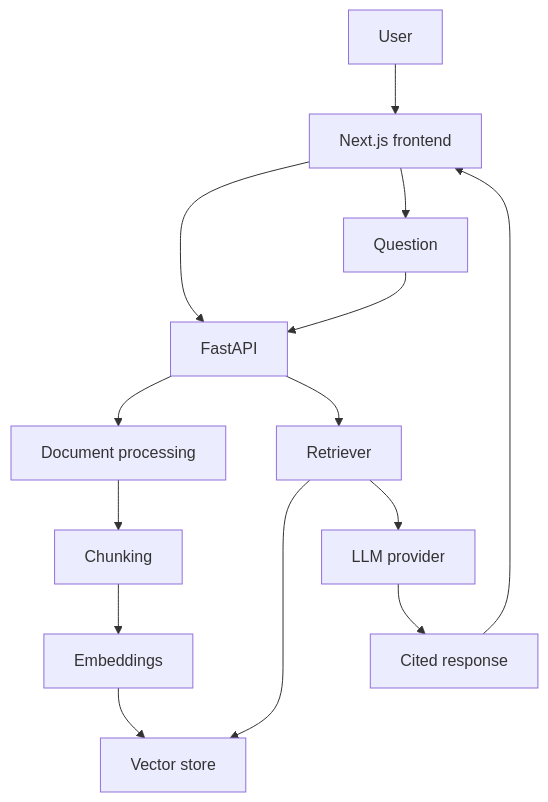
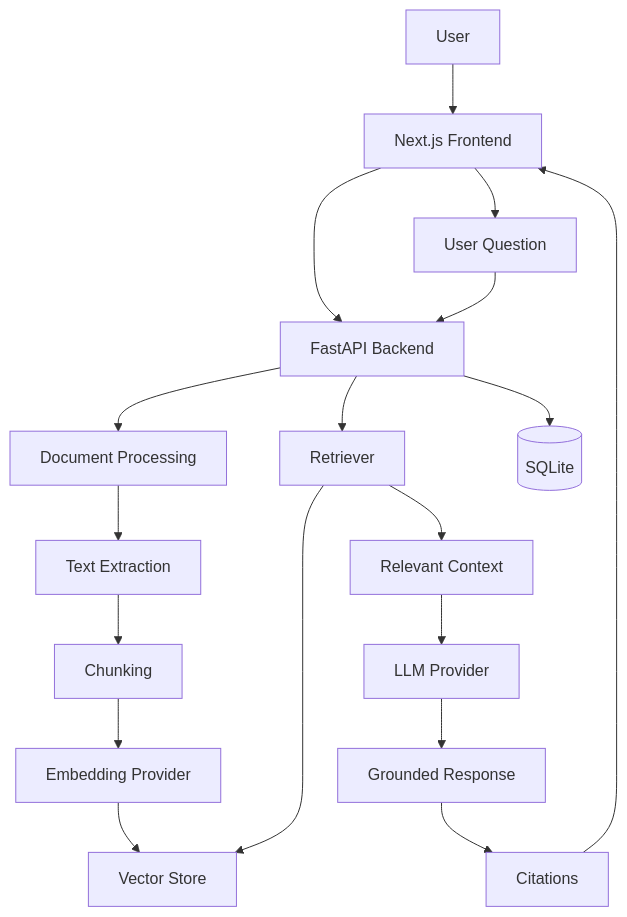
Before and after one commit to Bhumika-Raut/Intellidoc: the diagram in README.md, drawn with Mermaid. The commit also changed other lines of this file, not shown here.

````diff
--- a/README.md
+++ b/README.md
@@ -39,16 +122,27 @@
 ```mermaid
 flowchart TD
-  User --> FE[Next.js frontend]
-  FE --> API[FastAPI]
-  API --> DP[Document processing]
-  DP --> CH[Chunking]
-  CH --> EM[Embeddings]
-  EM --> VS[Vector store]
-  FE --> Q[Question]
-  Q --> API
-  API --> R[Retriever]
-  R --> VS
-  R --> LLM[LLM provider]
-  LLM --> Cited[Cited response]
-  Cited --> FE
+    U[User] --> FE[Next.js Frontend]
+
+    FE --> API[FastAPI Backend]
+
+    API --> ING[Document Processing]
+    ING --> EXT[Text Extraction]
+    EXT --> CH[Chunking]
+    CH --> EMB[Embedding Provider]
+    EMB --> VS[Vector Store]
+
+    FE --> Q[User Question]
+    Q --> API
+
+    API --> RET[Retriever]
+    RET --> VS
+    RET --> CTX[Relevant Context]
+
+    CTX --> LLM[LLM Provider]
+    LLM --> RES[Grounded Response]
+
+    RES --> CIT[Citations]
+    CIT --> FE
+
+    API --> DB[(SQLite)]
 ```
````
